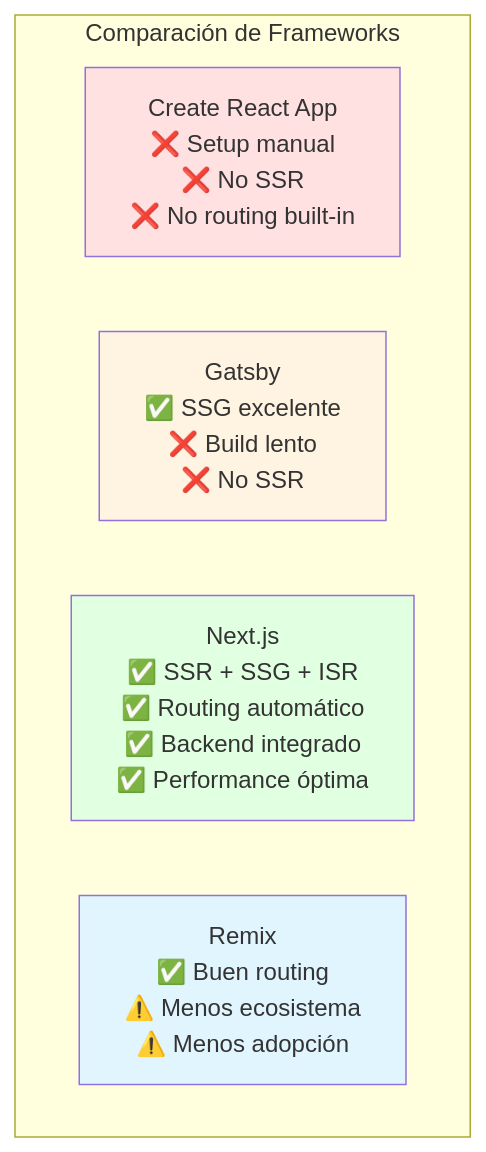
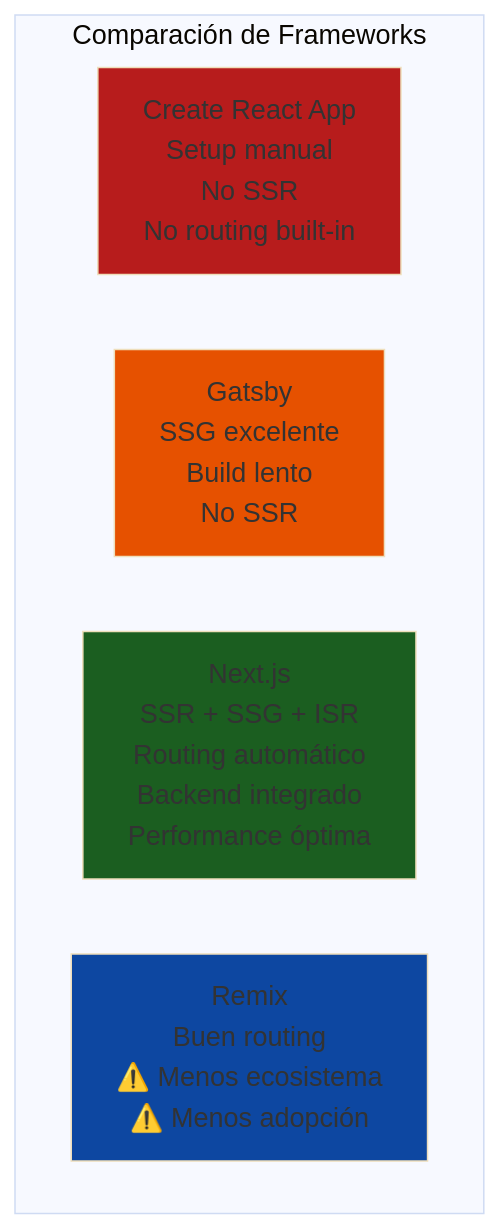
Before and after one commit to Ai-Whisperers/Courses-Content: the second of 7 diagrams in courses/🟡-development/FPUNA-2026/01-DESARROLLO-SOFTWARE/especializaciones/web-development/01-fundamentos-nextjs.md, drawn with Mermaid. The commit also changed other lines of this file and 47 other files, not shown here.

First line of the commit message:
fix: Make all 473 diagrams WCAG AAA accessible (FPUNA-2026)

````diff
--- a/courses/🟡-development/FPUNA-2026/01-DESARROLLO-SOFTWARE/especializaciones/web-development/01-fundamentos-nextjs.md
+++ b/courses/🟡-development/FPUNA-2026/01-DESARROLLO-SOFTWARE/especializaciones/web-development/01-fundamentos-nextjs.md
@@ -210,14 +211,15 @@
 ```mermaid
+%%{init: {'theme':'base', 'themeVariables': {'fontSize':'18px'}}}%%
 graph TD
     subgraph "Comparación de Frameworks"
-        A[Create React App<br/>❌ Setup manual<br/>❌ No SSR<br/>❌ No routing built-in]
-        B[Gatsby<br/>✅ SSG excelente<br/>❌ Build lento<br/>❌ No SSR]
-        C[Next.js<br/>✅ SSR + SSG + ISR<br/>✅ Routing automático<br/>✅ Backend integrado<br/>✅ Performance óptima]
-        D[Remix<br/>✅ Buen routing<br/>⚠️ Menos ecosistema<br/>⚠️ Menos adopción]
+        A[Create React App<br/>Setup manual<br/>No SSR<br/>No routing built-in]
+        B[Gatsby<br/>SSG excelente<br/>Build lento<br/>No SSR]
+        C[Next.js<br/>SSR + SSG + ISR<br/>Routing automático<br/>Backend integrado<br/>Performance óptima]
+        D[Remix<br/>Buen routing<br/>⚠️ Menos ecosistema<br/>⚠️ Menos adopción]
     end
     
-    style C fill:#E1FFE1
-    style B fill:#FFF4E1
-    style A fill:#FFE1E1
-    style D fill:#E1F5FF
+    style C fill:#1b5e20
+    style B fill:#e65100
+    style A fill:#b71c1c
+    style D fill:#0d47a1
 ```
````
